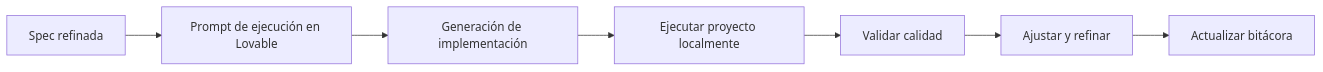
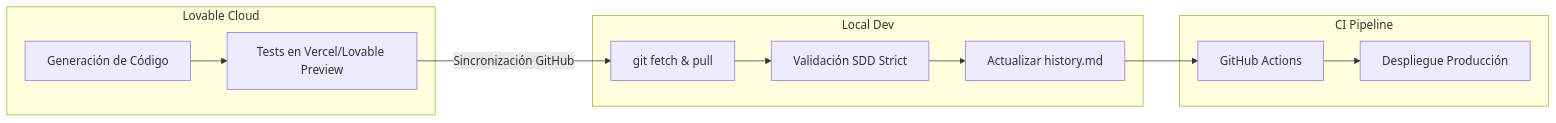
One commit to juanklagos/spec-driven-development-template changed the third of 3 diagrams in docs/es/17-trabajar-con-lovable.md. Above: the diagram before and after it, drawn with Mermaid. The commit also changed other lines of this file and 1 other file, not shown here.

Commit message:
docs: fully expand lovable guides into 3 levels with diagrams

````diff
--- a/docs/es/17-trabajar-con-lovable.md
+++ b/docs/es/17-trabajar-con-lovable.md
@@ -70,9 +145,16 @@
 ```mermaid
 flowchart LR
-  A["Spec refinada"] --> B["Prompt de ejecución en Lovable"]
-  B --> C["Generación de implementación"]
-  C --> D["Ejecutar proyecto localmente"]
-  D --> E["Validar calidad"]
-  E --> F["Ajustar y refinar"]
-  F --> G["Actualizar bitácora"]
+    subgraph Lovable Cloud
+    A[Generación de Código] --> B[Tests en Vercel/Lovable Preview]
+    end
+    subgraph Local Dev
+    C[git fetch & pull] --> D[Validación SDD Strict]
+    D --> E[Actualizar history.md]
+    end
+    subgraph CI Pipeline
+    F[GitHub Actions] --> G[Despliegue Producción]
+    end
+    
+    B -- Sincronización GitHub --> C
+    E --> F
 ```
````
